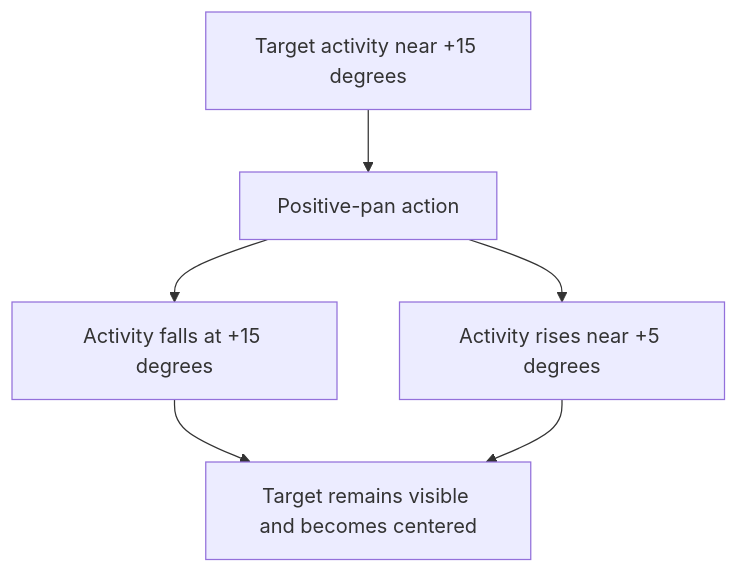
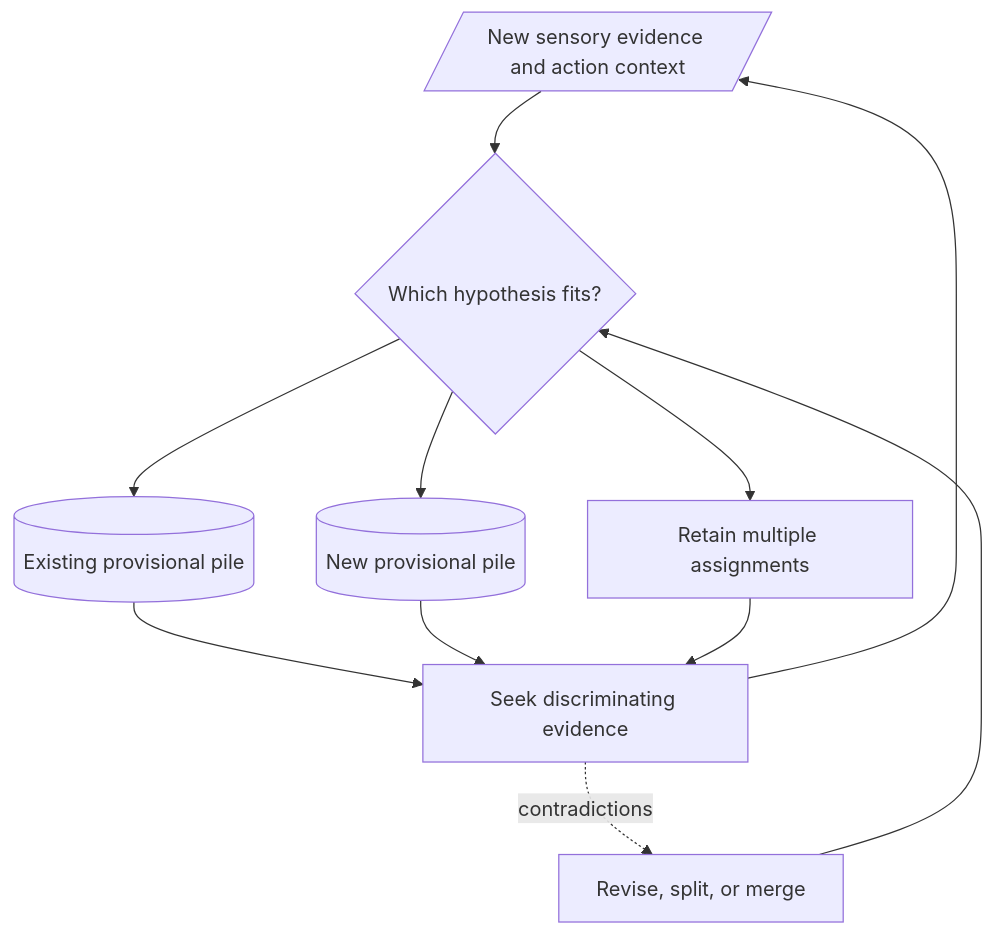
One commit to spencerbug/spencerbug.github.io changed the second of 2 diagrams in _posts/2026-09-19-recurrent-predictive-routing.md. Above: the diagram before and after it, drawn with Mermaid. The commit also changed other lines of this file and 4 other files, not shown here.

````diff
--- a/_posts/2026-09-19-recurrent-predictive-routing.md
+++ b/_posts/2026-09-19-recurrent-predictive-routing.md
@@ -342,8 +459,13 @@
-```mermaid
+~~~mermaid
 flowchart TD
-    A["Target activity near +15 degrees"] --> B["Positive-pan action"]
-    B --> C["Activity falls at +15 degrees"]
-    B --> D["Activity rises near +5 degrees"]
-    C --> E["Target remains visible and becomes centered"]
-    D --> E
-```
+    A[/"New sensory evidence and action context"/] --> B{"Which hypothesis fits?"}
+    B --> C[("Existing provisional pile")]
+    B --> D[("New provisional pile")]
+    B --> E["Retain multiple assignments"]
+    C --> F["Seek discriminating evidence"]
+    D --> F
+    E --> F
+    F --> A
+    F -. contradictions .-> G["Revise, split, or merge"]
+    G --> B
+~~~
````
